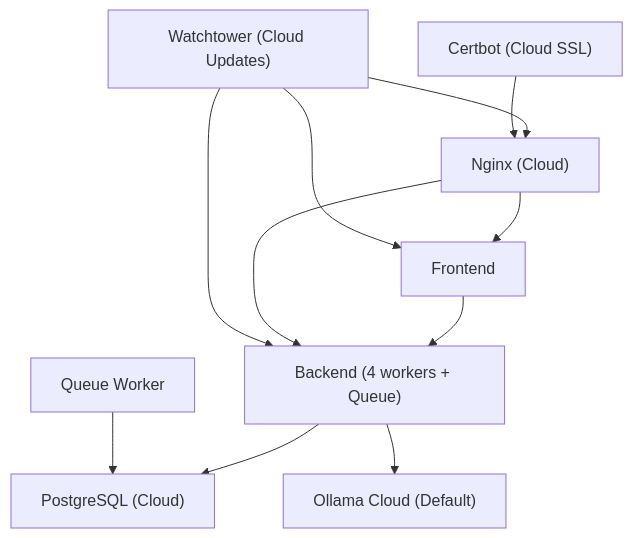
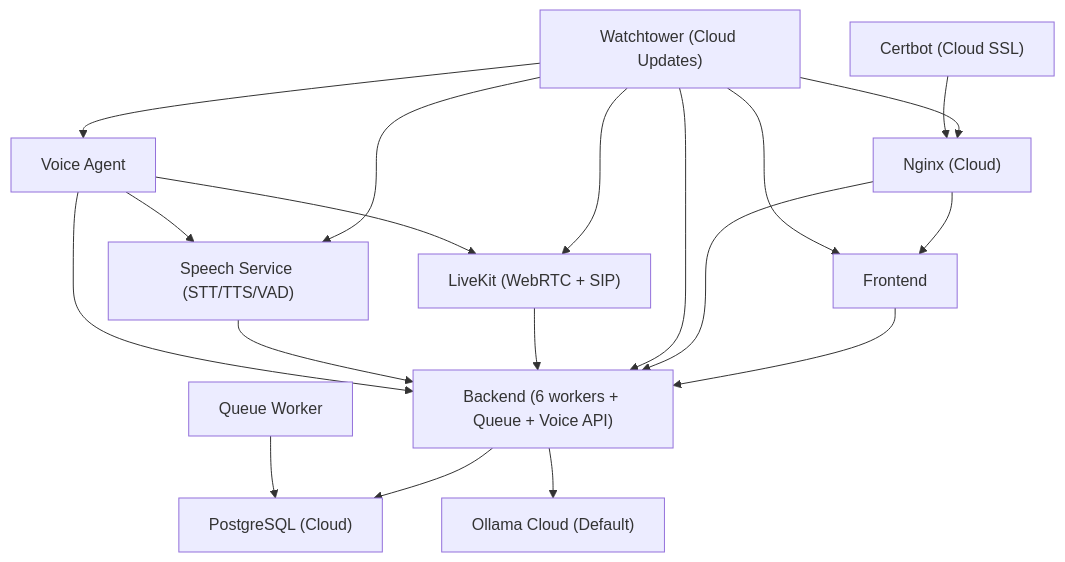
Diagram 14 of 15 in .qoder/repowiki/en/content/Deployment & DevOps/Deployment & DevOps.md (Revanththetalogics/aireume), drawn with Mermaid before and after one commit. The commit also changed other lines of this file and 39 other files, not shown here.

````diff
--- a/.qoder/repowiki/en/content/Deployment & DevOps/Deployment & DevOps.md
+++ b/.qoder/repowiki/en/content/Deployment & DevOps/Deployment & DevOps.md
@@ -498,13 +686,21 @@
 ```mermaid
 graph TD
-Backend["Backend (4 workers + Queue)"] --> DB["PostgreSQL (Cloud)"]
+Backend["Backend (6 workers + Queue + Voice API)"] --> DB["PostgreSQL (Cloud)"]
 Backend --> OllamaCloud["Ollama Cloud (Default)"]
 Frontend["Frontend"] --> Backend
 Nginx["Nginx (Cloud)"] --> Frontend
 Nginx --> Backend
 Watchtower["Watchtower (Cloud Updates)"] --> Backend
 Watchtower --> Frontend
 Watchtower --> Nginx
+Watchtower --> LiveKit
+Watchtower --> SpeechService
+Watchtower --> VoiceAgent
 Certbot["Certbot (Cloud SSL)"] --> Nginx
 QueueWorker["Queue Worker"] --> DB
+LiveKit["LiveKit (WebRTC + SIP)"] --> Backend
+SpeechService["Speech Service (STT/TTS/VAD)"] --> Backend
+VoiceAgent["Voice Agent"] --> LiveKit
+VoiceAgent --> SpeechService
+VoiceAgent --> Backend
 ```
````
